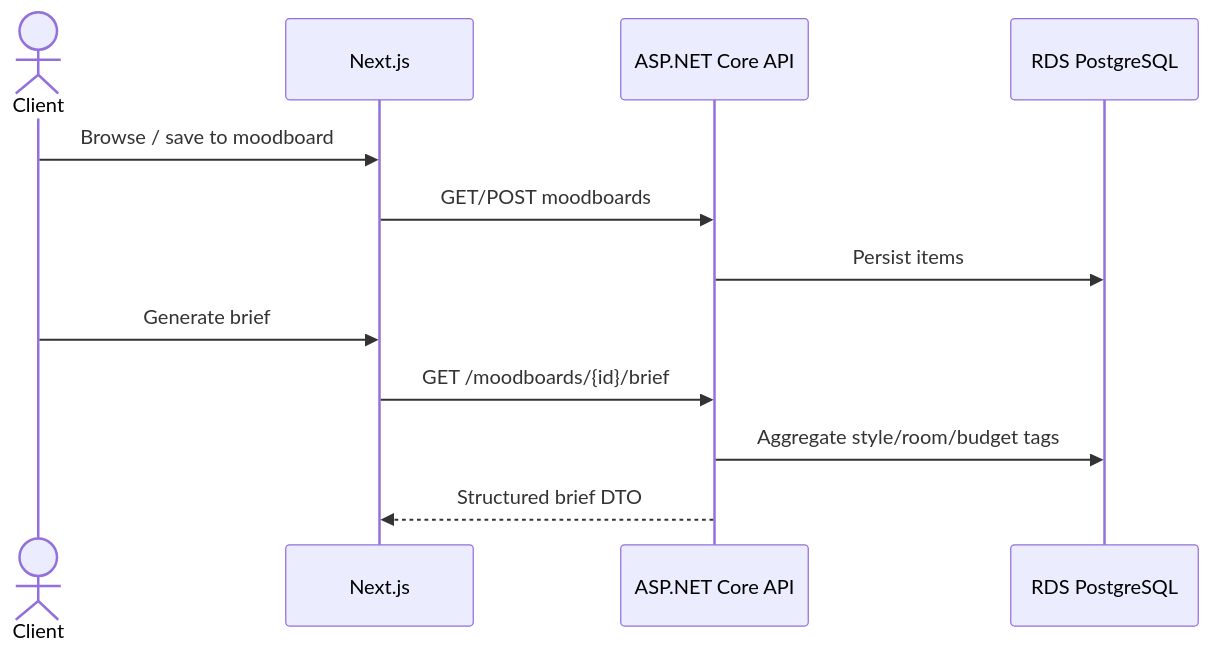
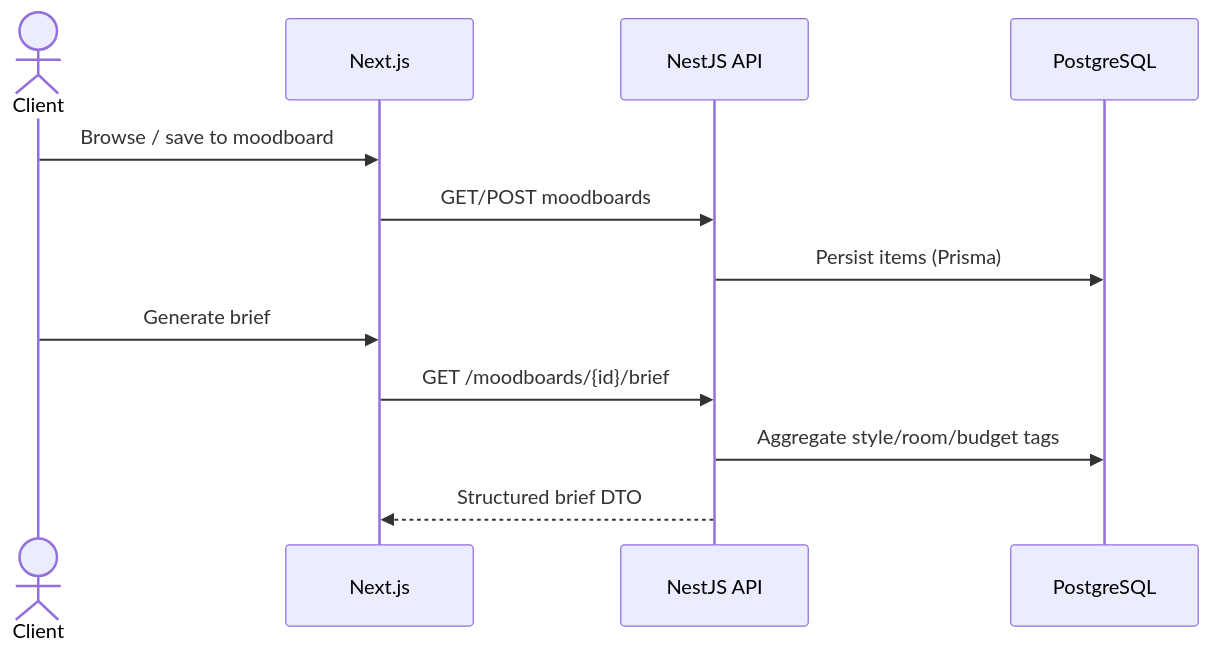
Before and after one commit to MNSBaanu/Inside: the second of 5 diagrams in docs/SYSTEM-OVERVIEW.md, drawn with Mermaid. The commit also changed other lines of this file and 13 other files, not shown here.

````diff
--- a/docs/SYSTEM-OVERVIEW.md
+++ b/docs/SYSTEM-OVERVIEW.md
@@ -82,15 +82,15 @@
 ```mermaid
 sequenceDiagram
     actor Client
     participant Web as Next.js
-    participant API as ASP.NET Core API
-    participant DB as RDS PostgreSQL
+    participant API as NestJS API
+    participant DB as PostgreSQL
 
     Client->>Web: Browse / save to moodboard
     Web->>API: GET/POST moodboards
-    API->>DB: Persist items
+    API->>DB: Persist items (Prisma)
     Client->>Web: Generate brief
     Web->>API: GET /moodboards/{id}/brief
     API->>DB: Aggregate style/room/budget tags
     API-->>Web: Structured brief DTO
 ```
````
